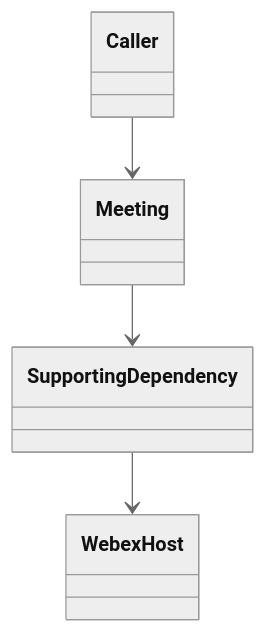
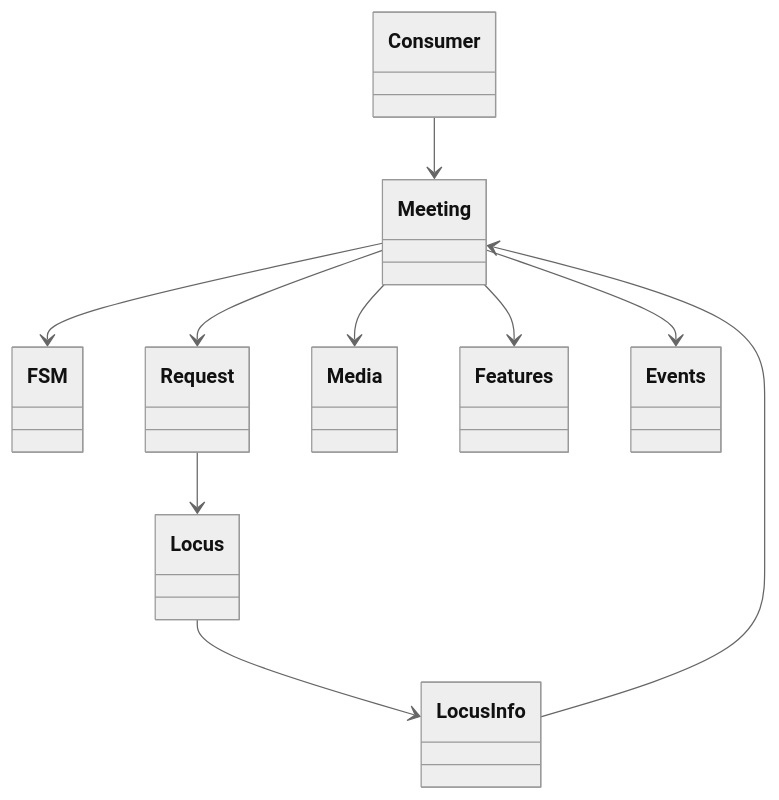
Before and after one commit to webex/webex-js-sdk: the fourth of 5 diagrams in packages/@webex/plugin-meetings/src/meeting/ai-docs/meeting-spec.md, drawn with Mermaid (neutral theme). The commit also changed other lines of this file and 26 other files, not shown here.

````diff
--- a/packages/@webex/plugin-meetings/src/meeting/ai-docs/meeting-spec.md
+++ b/packages/@webex/plugin-meetings/src/meeting/ai-docs/meeting-spec.md
@@ -148,10 +179,21 @@
 ```mermaid
 classDiagram
-  class Caller
+  class Consumer
   class Meeting
-  class SupportingDependency
-  class WebexHost
-  Caller --> Meeting
-  Meeting --> SupportingDependency
-  SupportingDependency --> WebexHost
+  class FSM
+  class Request
+  class Locus
+  class LocusInfo
+  class Media
+  class Features
+  class Events
+  Consumer --> Meeting
+  Meeting --> FSM
+  Meeting --> Request
+  Request --> Locus
+  Locus --> LocusInfo
+  LocusInfo --> Meeting
+  Meeting --> Media
+  Meeting --> Features
+  Meeting --> Events
 ```
````
